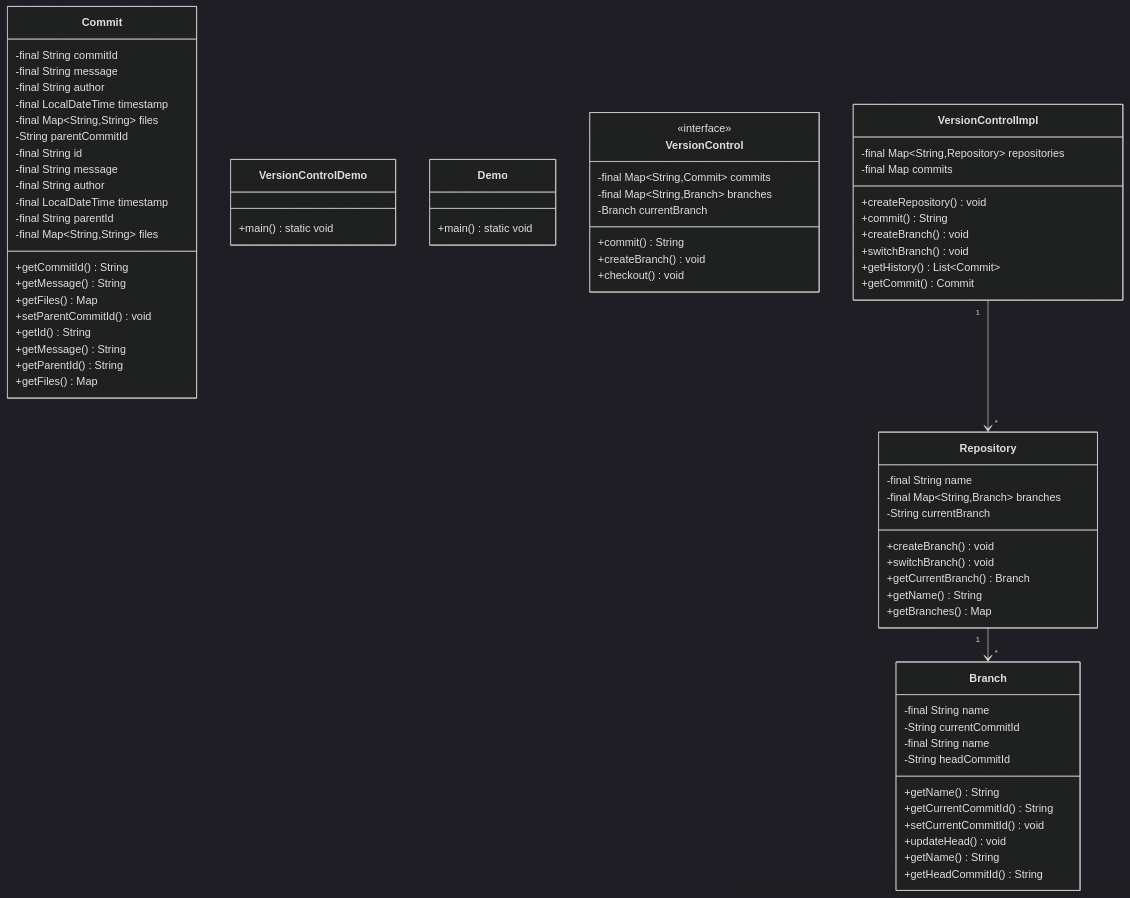
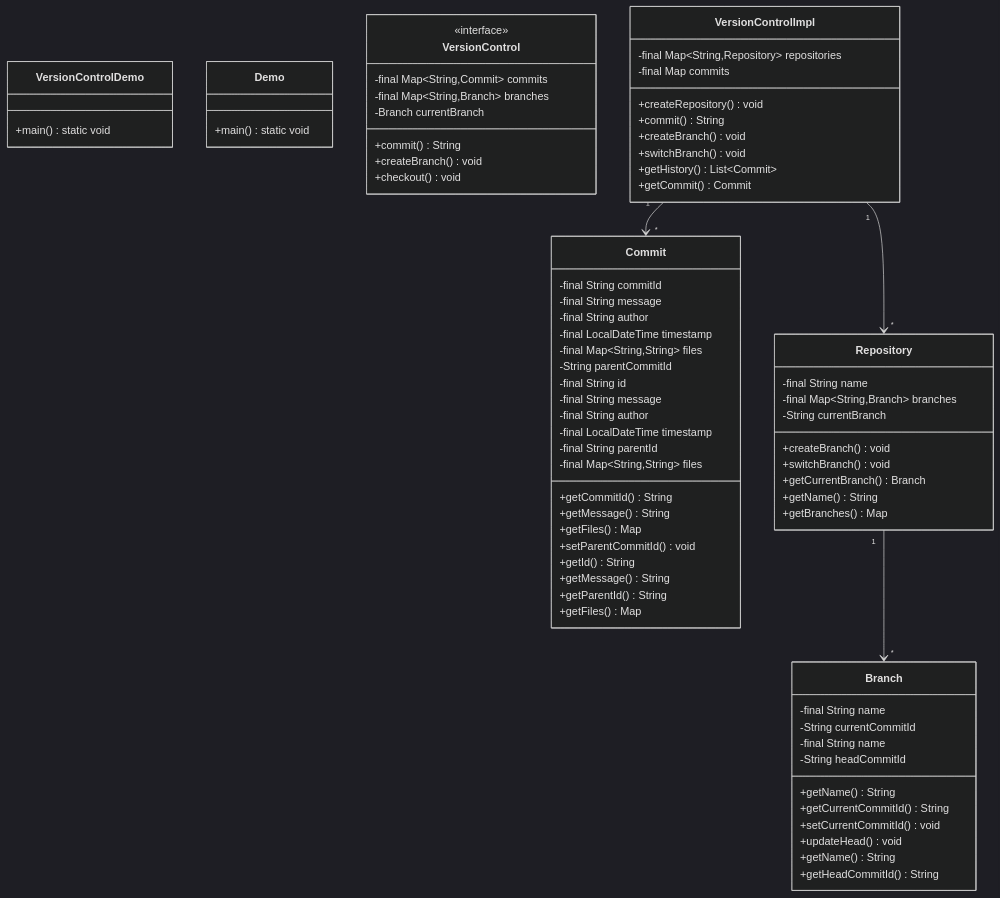
The diagram in docs/problems/versioncontrol/README.md (dlkr18/lld-playbook), drawn with Mermaid (dark theme) before and after one commit. The commit also changed 113 other files, not shown here.

````diff
--- a/docs/problems/versioncontrol/README.md
+++ b/docs/problems/versioncontrol/README.md
@@ -165,6 +165,7 @@
     class VersionControl
     <<interface>> VersionControl
 
+    Repository "1" --> "*" Branch
     VersionControlImpl "1" --> "*" Repository
-    Repository "1" --> "*" Branch
+    VersionControlImpl "1" --> "*" Commit
 ```
````
